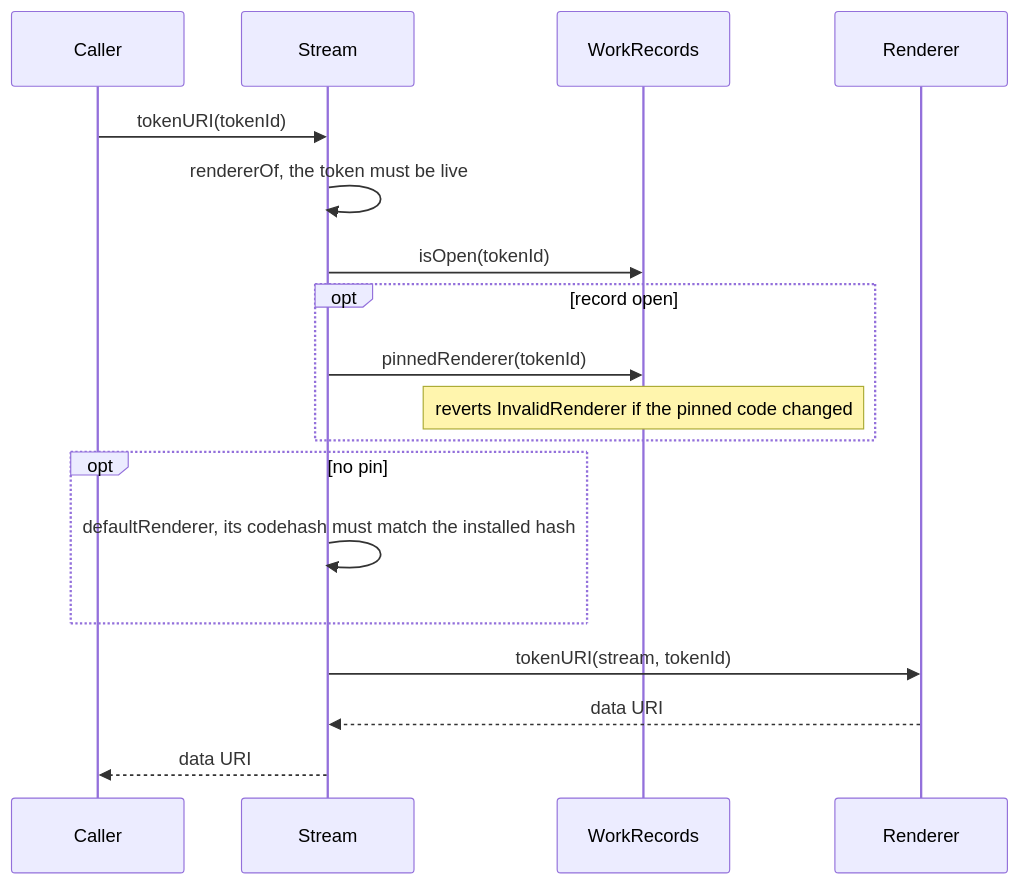
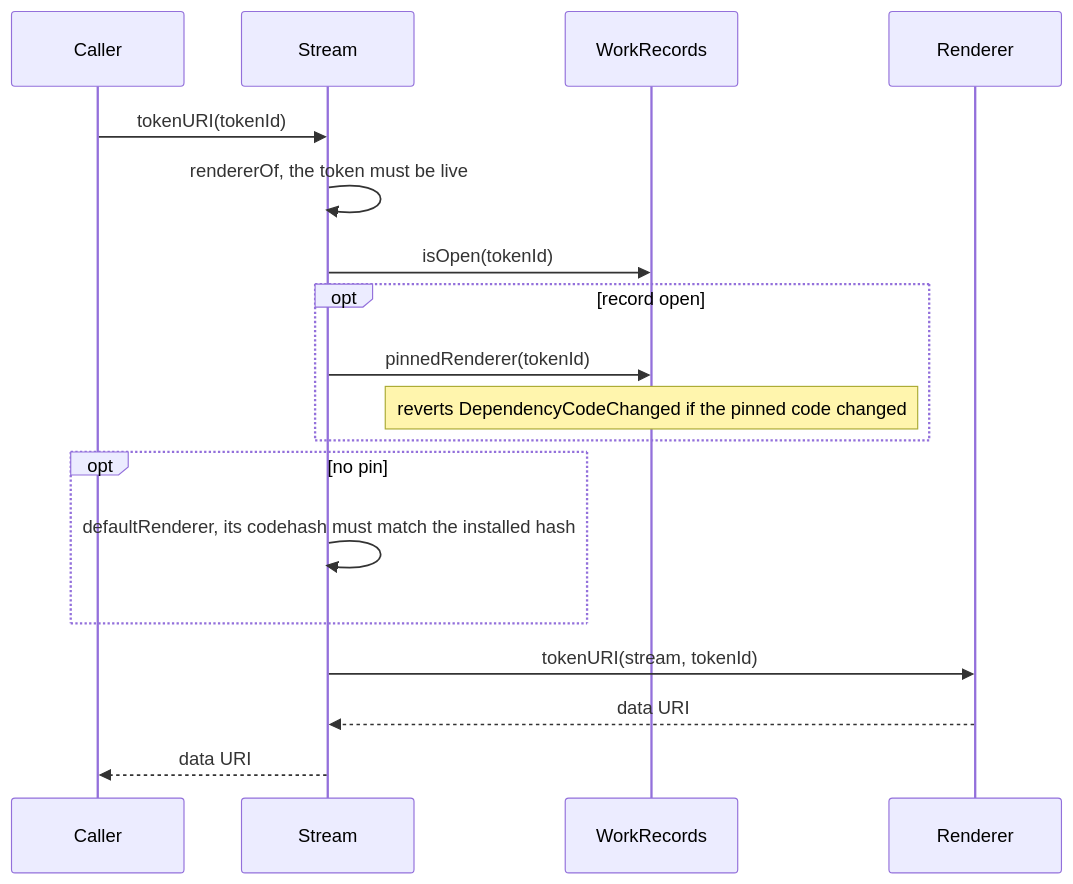
The third of 6 diagrams in docs/spec/rendering-and-tokenuri.md (6529-Collections/6529-works), drawn with Mermaid before and after one commit. The commit also changed other lines of this file and 156 other files, not shown here.

````diff
--- a/docs/spec/rendering-and-tokenuri.md
+++ b/docs/spec/rendering-and-tokenuri.md
@@ -115,20 +115,20 @@
 ```mermaid
 sequenceDiagram
     participant C as Caller
     participant S as Stream
     participant W as WorkRecords
     participant R as Renderer
     C->>S: tokenURI(tokenId)
     S->>S: rendererOf, the token must be live
     S->>W: isOpen(tokenId)
     opt record open
         S->>W: pinnedRenderer(tokenId)
-        Note over W: reverts InvalidRenderer if the pinned code changed
+        Note over W: reverts DependencyCodeChanged if the pinned code changed
     end
     opt no pin
         S->>S: defaultRenderer, its codehash must match the installed hash
     end
     S->>R: tokenURI(stream, tokenId)
     R-->>S: data URI
     S-->>C: data URI
 ```
````
